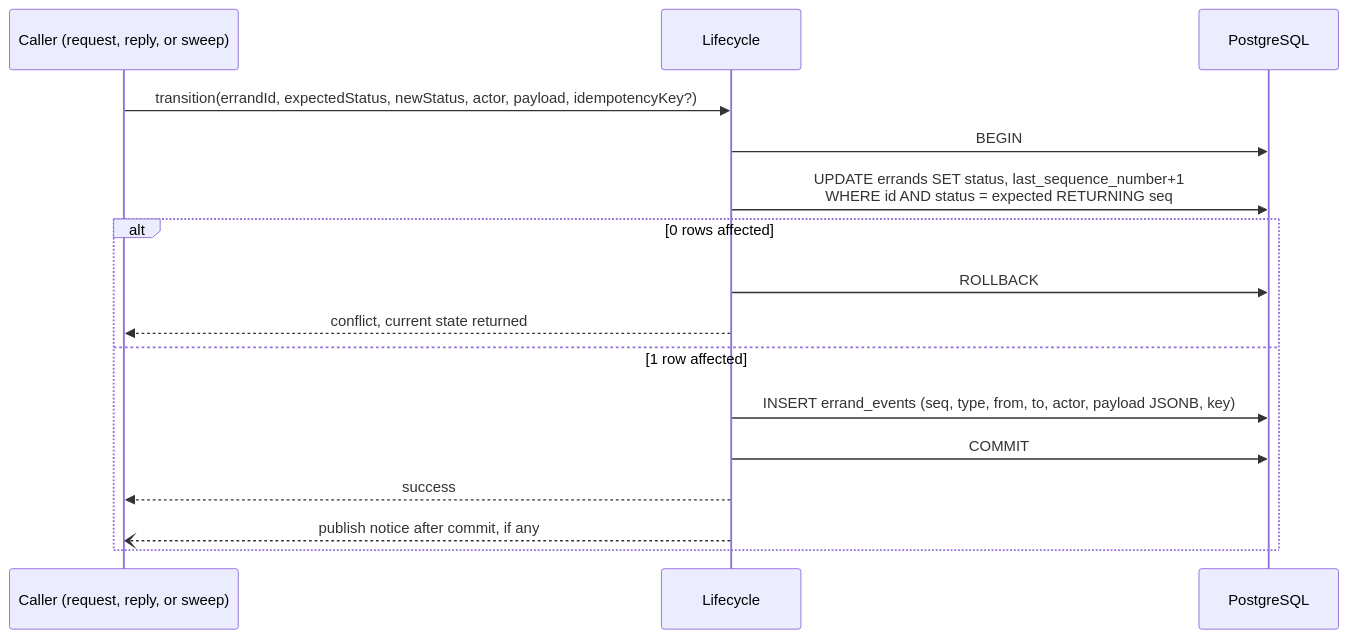
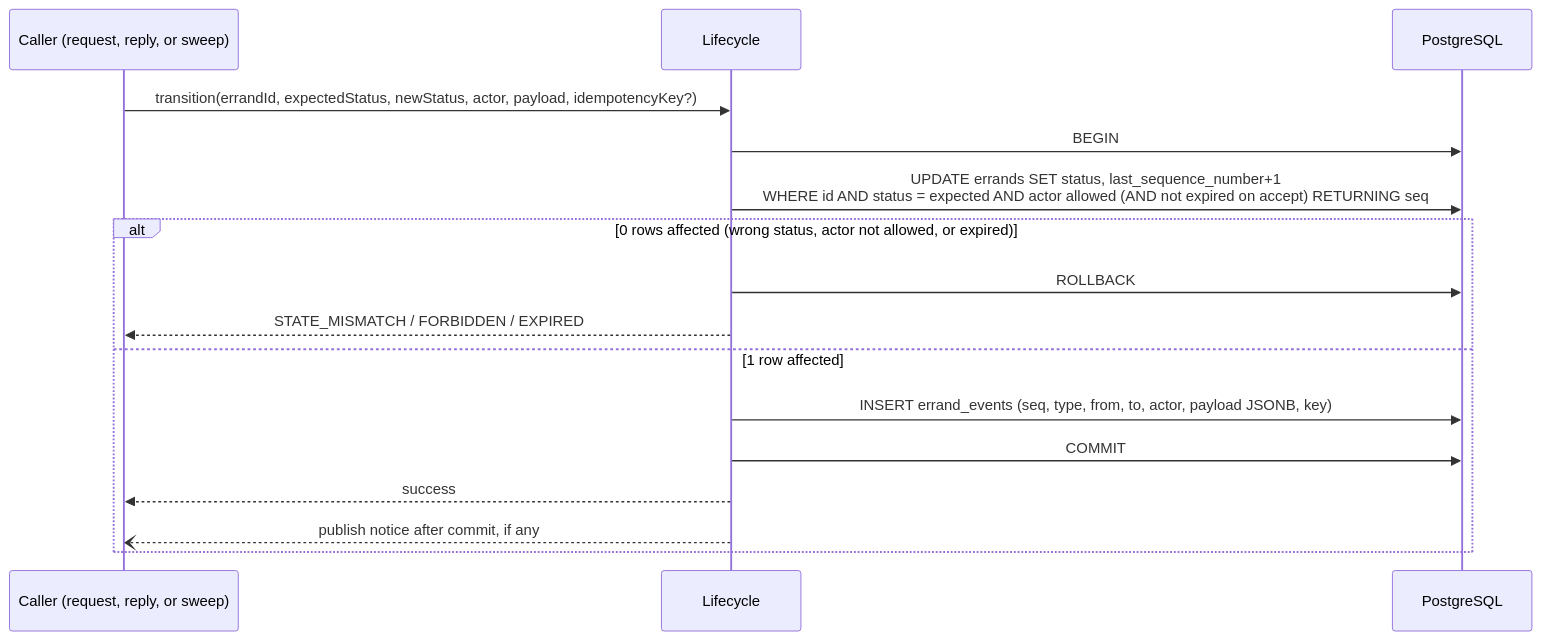
Before and after one commit to AY2627S1-CS3219-P27/FoC: the third of 4 diagrams in order-service/ARCHITECTURE.md, drawn with Mermaid. The commit also changed other lines of this file and 2 other files, not shown here.

````diff
--- a/order-service/ARCHITECTURE.md
+++ b/order-service/ARCHITECTURE.md
@@ -108,18 +125,18 @@
 ```mermaid
 sequenceDiagram
   participant C as Caller (request, reply, or sweep)
   participant L as Lifecycle
   participant DB as PostgreSQL
   C->>L: transition(errandId, expectedStatus, newStatus, actor, payload, idempotencyKey?)
   L->>DB: BEGIN
-  L->>DB: UPDATE errands SET status, last_sequence_number+1<br/>WHERE id AND status = expected RETURNING seq
-  alt 0 rows affected
+  L->>DB: UPDATE errands SET status, last_sequence_number+1<br/>WHERE id AND status = expected AND actor allowed (AND not expired on accept) RETURNING seq
+  alt 0 rows affected (wrong status, actor not allowed, or expired)
     L->>DB: ROLLBACK
-    L-->>C: conflict, current state returned
+    L-->>C: STATE_MISMATCH / FORBIDDEN / EXPIRED
   else 1 row affected
     L->>DB: INSERT errand_events (seq, type, from, to, actor, payload JSONB, key)
     L->>DB: COMMIT
     L-->>C: success
     L--)C: publish notice after commit, if any
   end
 ```
````
